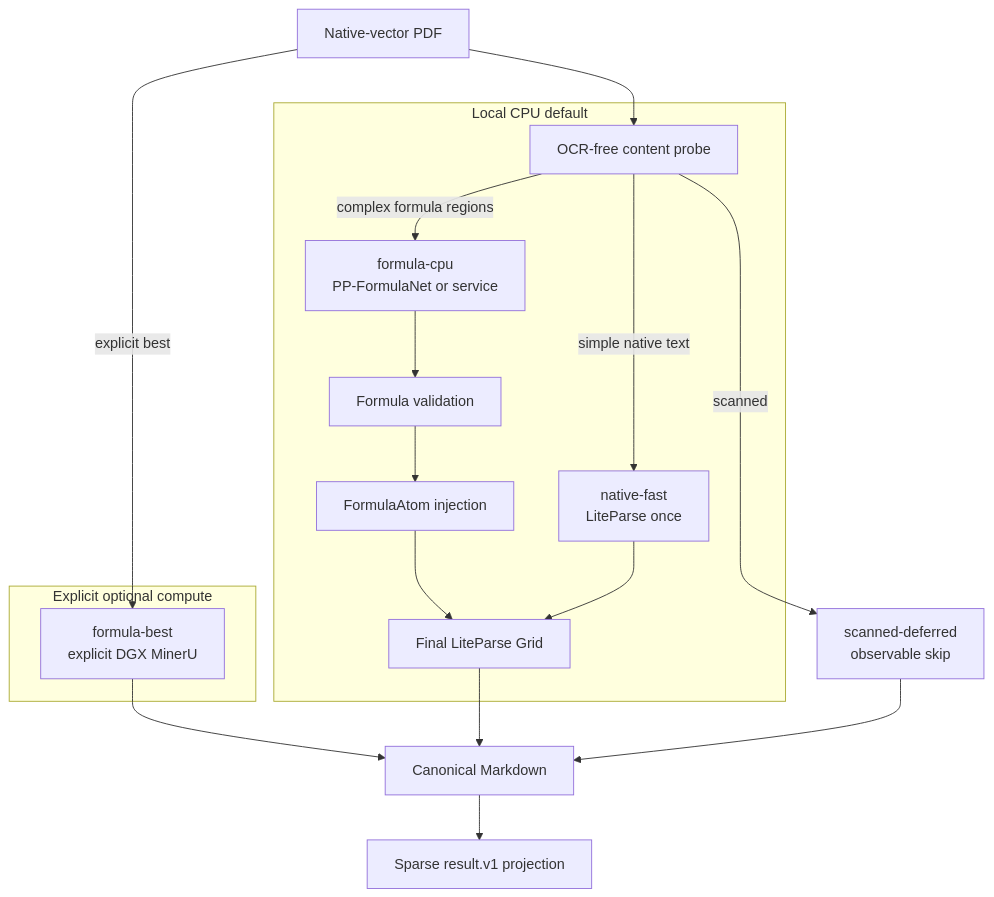
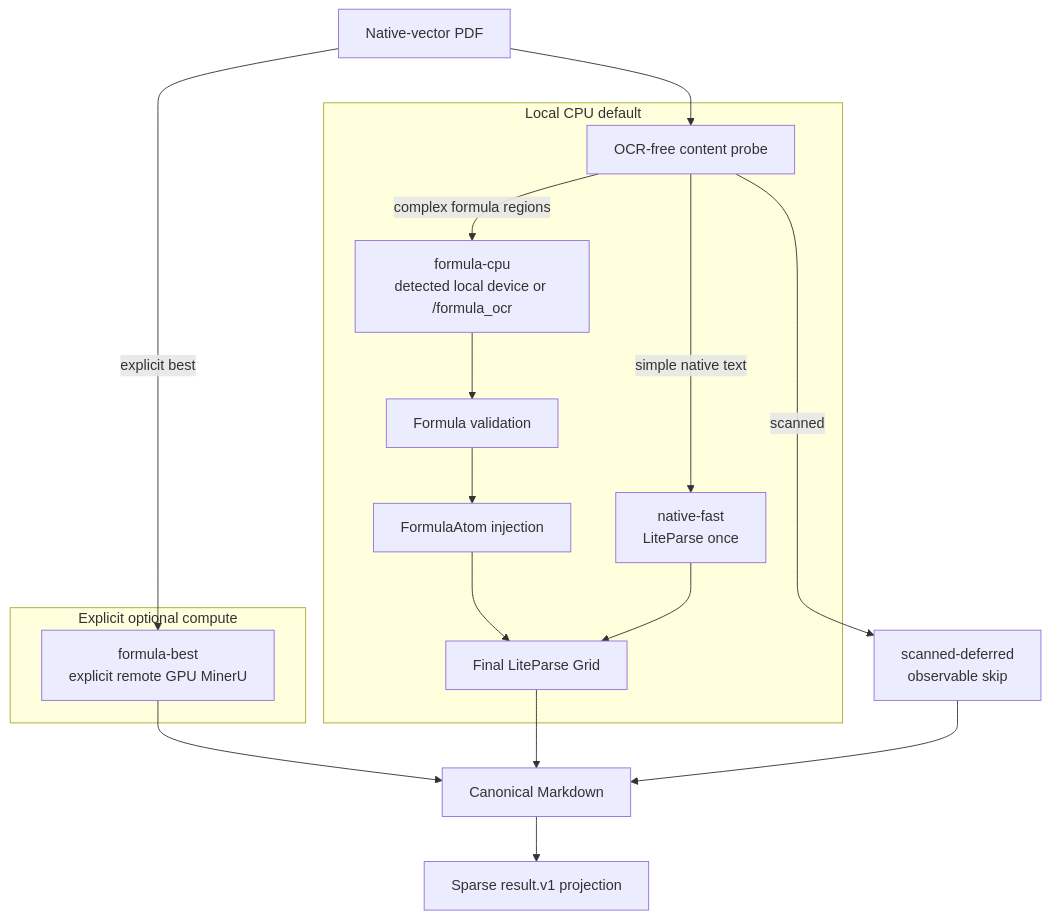
One commit to GlacierAlgo/research-pdf-parser changed the diagram in packages/research-pdf-parser/README.md. Above: the diagram before and after it, drawn with Mermaid. The commit also changed other lines of this file and 21 other files, not shown here.

Commit message:
refactor: route formula OCR by GPU capability

````diff
--- a/packages/research-pdf-parser/README.md
+++ b/packages/research-pdf-parser/README.md
@@ -111,41 +125,41 @@
 ```mermaid
 flowchart TD
     PDF["Native-vector PDF"]
     PROBE["OCR-free content probe"]
     FAST["native-fast<br/>LiteParse once"]
-    CPU["formula-cpu<br/>PP-FormulaNet or service"]
-    BEST["formula-best<br/>explicit DGX MinerU"]
+    CPU["formula-cpu<br/>detected local device or /formula_ocr"]
+    BEST["formula-best<br/>explicit remote GPU MinerU"]
     VALIDATE["Formula validation"]
     ATOM["FormulaAtom injection"]
     GRID["Final LiteParse Grid"]
     MD["Canonical Markdown"]
     RESULT["Sparse result.v1 projection"]
     DEFER["scanned-deferred<br/>observable skip"]
 
     subgraph LOCAL["Local CPU default"]
         PROBE
         FAST
         CPU
         VALIDATE
         ATOM
         GRID
     end
 
     subgraph OPTIONAL["Explicit optional compute"]
         BEST
     end
 
     PDF --> PROBE
     PROBE -->|"simple native text"| FAST
     PROBE -->|"complex formula regions"| CPU
     PROBE -->|"scanned"| DEFER
     PDF -->|"explicit best"| BEST
     CPU --> VALIDATE
     VALIDATE --> ATOM
     ATOM --> GRID
     FAST --> GRID
     BEST --> MD
     GRID --> MD
     DEFER --> MD
     MD --> RESULT
 ```
````
